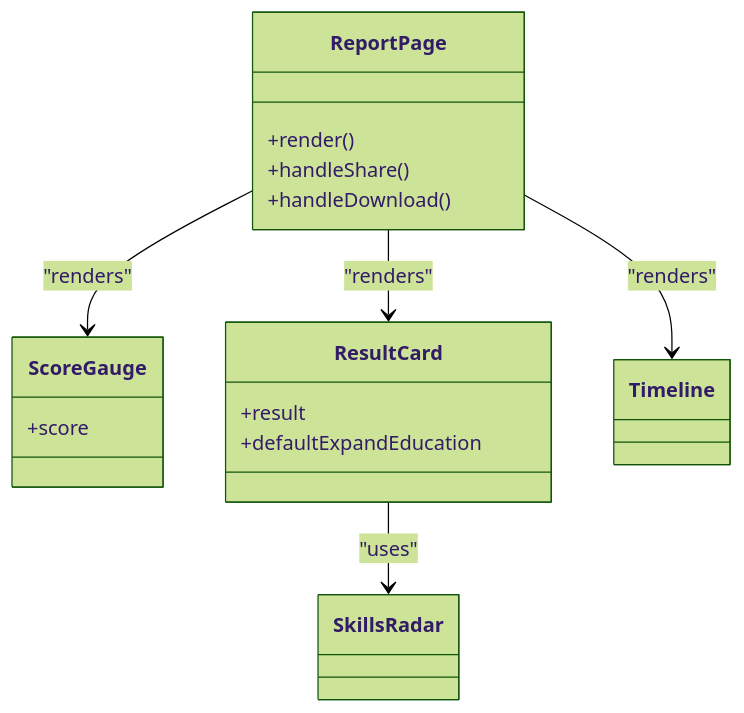
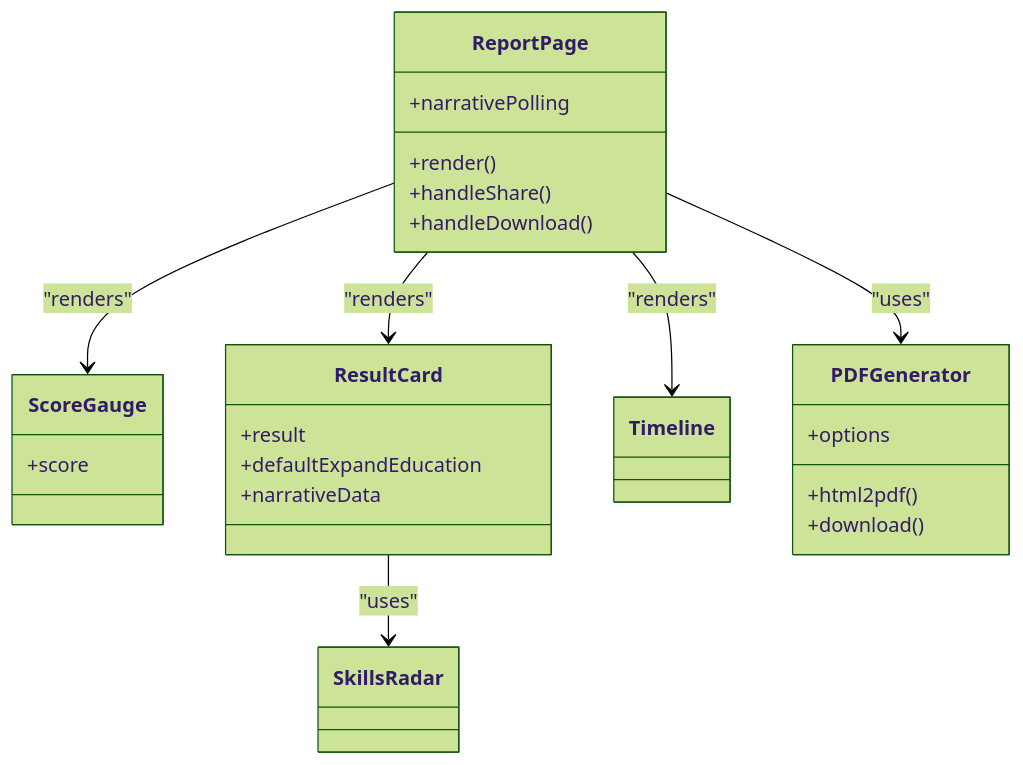
One commit to Revanththetalogics/aireume changed the fourth of 11 diagrams in .qoder/repowiki/en/content/Reporting & Analytics/Reporting & Analytics.md. Above: the diagram before and after it, drawn with Mermaid (forest theme). The commit also changed other lines of this file and 20 other files, not shown here.

First line of the commit message:
fix: persist complete report data to analysis_result for Candidates page

````diff
--- a/.qoder/repowiki/en/content/Reporting & Analytics/Reporting & Analytics.md
+++ b/.qoder/repowiki/en/content/Reporting & Analytics/Reporting & Analytics.md
@@ -201,21 +243,29 @@
 ```mermaid
 classDiagram
 class ReportPage {
 +render()
 +handleShare()
 +handleDownload()
++narrativePolling
 }
 class ScoreGauge {
 +score
 }
 class ResultCard {
 +result
 +defaultExpandEducation
++narrativeData
 }
 class SkillsRadar
 class Timeline
+class PDFGenerator {
++html2pdf()
++options
++download()
+}
 ReportPage --> ScoreGauge : "renders"
 ReportPage --> ResultCard : "renders"
+ReportPage --> PDFGenerator : "uses"
 ResultCard --> SkillsRadar : "uses"
 ReportPage --> Timeline : "renders"
 ```
````
